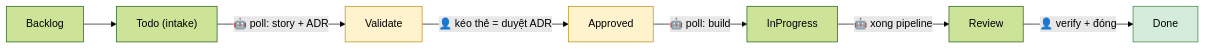
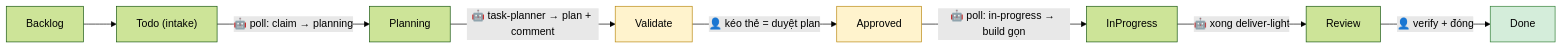
Before and after one commit to minhhv08/msdlc: the fourth of 5 diagrams in README.md, drawn with Mermaid (forest theme). The commit also changed other lines of this file and 8 other files, not shown here.

First line of the commit message:
feat: luồng board nhẹ — claim + task-planner + deliver-light (0.5.0)

````diff
--- a/README.md
+++ b/README.md
@@ -228,12 +234,13 @@
 ```mermaid
 flowchart LR
     B["Backlog"] --> T["Todo (intake)"]
-    T -->|"🤖 poll: story + ADR"| V["Validate"]
-    V -->|"👤 kéo thẻ = duyệt ADR"| A["Approved"]
-    A -->|"🤖 poll: build"| I["InProgress"]
-    I -->|"🤖 xong pipeline"| R["Review"]
+    T -->|"🤖 poll: claim → planning"| PL["Planning"]
+    PL -->|"🤖 task-planner → plan + comment"| V["Validate"]
+    V -->|"👤 kéo thẻ = duyệt plan"| A["Approved"]
+    A -->|"🤖 poll: in-progress → build gọn"| I["InProgress"]
+    I -->|"🤖 xong deliver-light"| R["Review"]
     R -->|"👤 verify + đóng"| D["Done"]
     style V fill:#fff3cd,stroke:#b8860b
     style A fill:#fff3cd,stroke:#b8860b
     style D fill:#d4edda,stroke:#2e7d32
 ```
````
